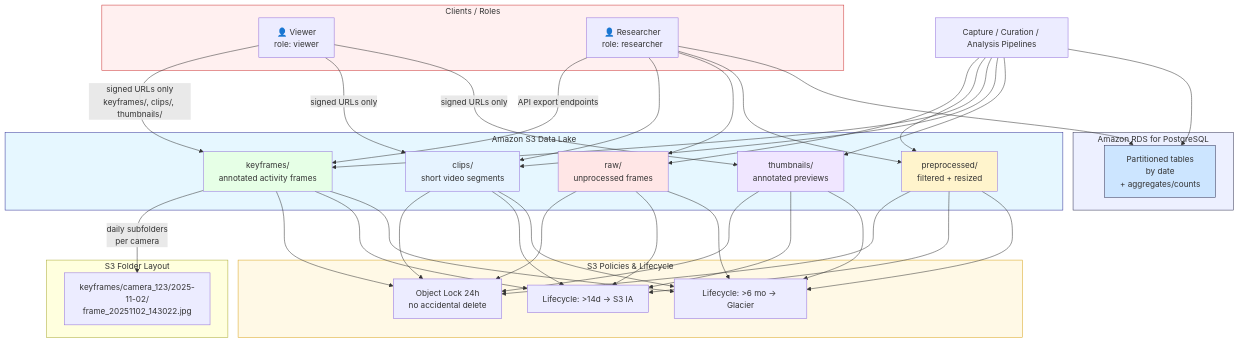
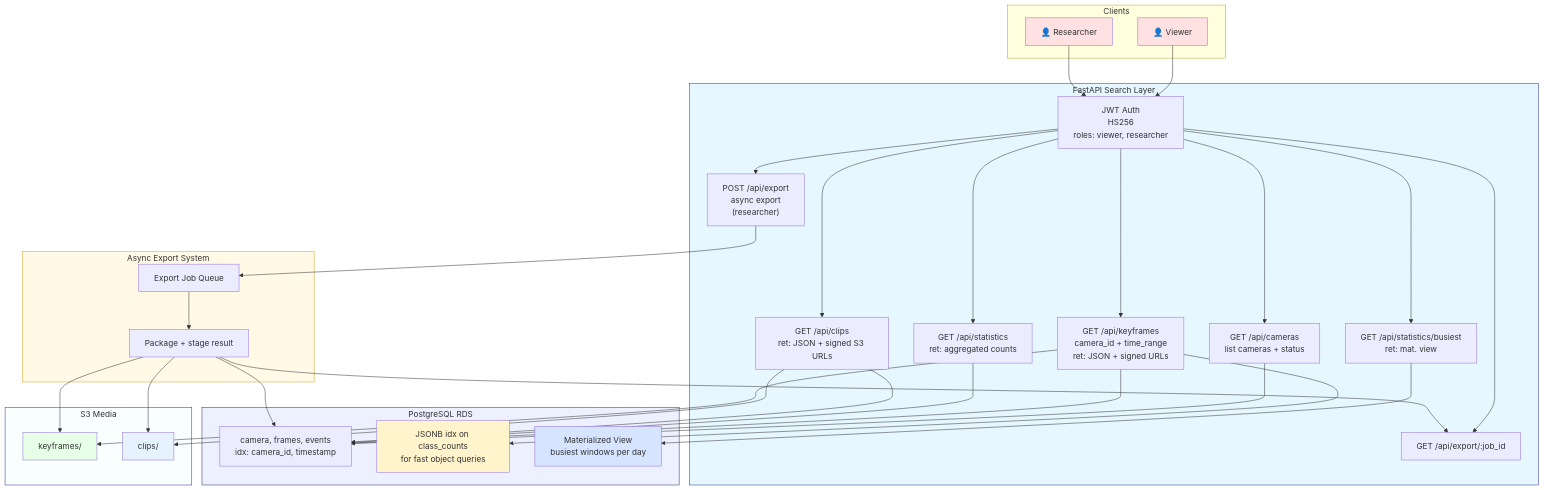
The diagram in test.mmd (zChen-1/Projects-in-school), drawn with Mermaid before and after one commit.

```diff
--- a/test.mmd
+++ b/test.mmd
@@ -1,70 +1,75 @@
 graph TB
 
-    subgraph Clients["Clients / Roles"]
-        VIEWER["👤 Viewer<br/>role: viewer"]
-        RESEARCHER["👤 Researcher<br/>role: researcher"]
+    %% ===== Clients / Roles =====
+    subgraph Clients["Clients"]
+        VIEWER["👤 Viewer"]
+        RESEARCHER["👤 Researcher"]
     end
 
-    subgraph S3Lake["Amazon S3 Data Lake"]
-        RAW["raw/<br/>unprocessed frames"]
-        PRE["preprocessed/<br/>filtered + resized"]
-        KF["keyframes/<br/>annotated activity frames"]
-        CLIPS["clips/<br/>short video segments"]
-        THUMBS["thumbnails/<br/>annotated previews"]
+    %% ===== API Layer =====
+    subgraph API["FastAPI Search Layer"]
+        AUTH["JWT Auth<br/>HS256<br/>roles: viewer, researcher"]
+        LIST_CAMS["GET /api/cameras<br/>list cameras + status"]
+        KEYFRAMES["GET /api/keyframes<br/>camera_id + time_range<br/>ret: JSON + signed URLs"]
+        STATS["GET /api/statistics<br/>ret: aggregated counts"]
+        BUSIEST["GET /api/statistics/busiest<br/>ret: mat. view"]
+        CLIPS["GET /api/clips<br/>ret: JSON + signed S3 URLs"]
+        EXPORT_REQ["POST /api/export<br/>async export<br/>(researcher)"]
+        EXPORT_STATUS["GET /api/export/:job_id"]
     end
 
-    subgraph Org["S3 Folder Layout"]
-        EX1["keyframes/camera_123/2025-11-02/<br/>frame_20251102_143022.jpg"]
+    %% ===== Data Layer =====
+    subgraph DB["PostgreSQL RDS"]
+        TABLES["camera, frames, events<br/>idx: camera_id, timestamp"]
+        JSONIDX["JSONB idx on class_counts<br/>for fast object queries"]
+        MV["Materialized View<br/>busiest windows per day"]
     end
 
-    subgraph Policies["S3 Policies & Lifecycle"]
-        LOCK["Object Lock 24h<br/>no accidental delete"]
-        IA["Lifecycle: >14d → S3 IA"]
-        GLACIER["Lifecycle: >6 mo → Glacier"]
+    subgraph Storage["S3 Media"]
+        S3KF["keyframes/"]
+        S3CLIPS["clips/"]
     end
 
-    subgraph Metadata["Amazon RDS for PostgreSQL"]
-        RDS["Partitioned tables<br/>by date<br/>+ aggregates/counts"]
+    subgraph Jobs["Async Export System"]
+        JOBQ["Export Job Queue"]
+        JOBPKG["Package + stage result"]
     end
 
-    PROC["Capture / Curation / Analysis Pipelines"] --> RAW
-    PROC --> PRE
-    PROC --> KF
-    PROC --> CLIPS
-    PROC --> THUMBS
-    PROC --> RDS
-    KF -->|"daily subfolders<br/>per camera"| EX1
-    RAW --> LOCK
-    PRE --> LOCK
-    KF --> LOCK
-    CLIPS --> LOCK
-    THUMBS --> LOCK
-    RAW --> IA
-    PRE --> IA
-    KF --> IA
-    CLIPS --> IA
-    THUMBS --> IA
-    RAW --> GLACIER
-    PRE --> GLACIER
-    KF --> GLACIER
-    CLIPS --> GLACIER
-    THUMBS --> GLACIER
-    VIEWER -->|"signed URLs only<br/>keyframes/, clips/, thumbnails/"| KF
-    VIEWER -->|"signed URLs only"| CLIPS
-    VIEWER -->|"signed URLs only"| THUMBS
-    RESEARCHER -->|"API export endpoints"| KF
-    RESEARCHER --> CLIPS
-    RESEARCHER --> RAW
-    RESEARCHER --> PRE
-    RESEARCHER --> RDS
+    VIEWER --> AUTH
+    RESEARCHER --> AUTH
 
-    style S3Lake fill:#e6f7ff,stroke:#339,stroke-width:1px
-    style RAW fill:#ffe6e6
-    style PRE fill:#fff4cc
-    style KF fill:#e6ffe6
-    style CLIPS fill:#e6f3ff
-    style THUMBS fill:#f0e6ff
-    style Metadata fill:#edf0ff,stroke:#335,stroke-width:1px
-    style RDS fill:#cce5ff,stroke:#335,stroke-width:1px
-    style Policies fill:#fff9e6,stroke:#d9a520,stroke-width:1px
-    style Clients fill:#fff0f0,stroke:#c33,stroke-width:1px
+    AUTH --> LIST_CAMS
+    AUTH --> KEYFRAMES
+    AUTH --> STATS
+    AUTH --> BUSIEST
+    AUTH --> CLIPS
+    AUTH --> EXPORT_REQ
+    AUTH --> EXPORT_STATUS
+
+    LIST_CAMS --> TABLES
+    KEYFRAMES --> TABLES
+    KEYFRAMES --> JSONIDX
+    STATS --> TABLES
+    BUSIEST --> MV
+    CLIPS --> TABLES
+
+    KEYFRAMES --> S3KF
+    CLIPS --> S3CLIPS
+
+    EXPORT_REQ --> JOBQ
+    JOBQ --> JOBPKG
+    JOBPKG --> S3CLIPS
+    JOBPKG --> S3KF
+    JOBPKG --> TABLES
+    JOBPKG --> EXPORT_STATUS
+
+    style API fill:#e6f7ff,stroke:#339,stroke-width:1px
+    style DB fill:#edf0ff,stroke:#335,stroke-width:1px
+    style Storage fill:#f9ffff,stroke:#339,stroke-width:1px
+    style Jobs fill:#fff9e6,stroke:#d9a520,stroke-width:1px
+    style VIEWER fill:#ffe1e1
+    style RESEARCHER fill:#ffe1e1
+    style S3KF fill:#e6ffe6
+    style S3CLIPS fill:#e6f3ff
+    style JSONIDX fill:#fff4cc
+    style MV fill:#d6e4ff
```
